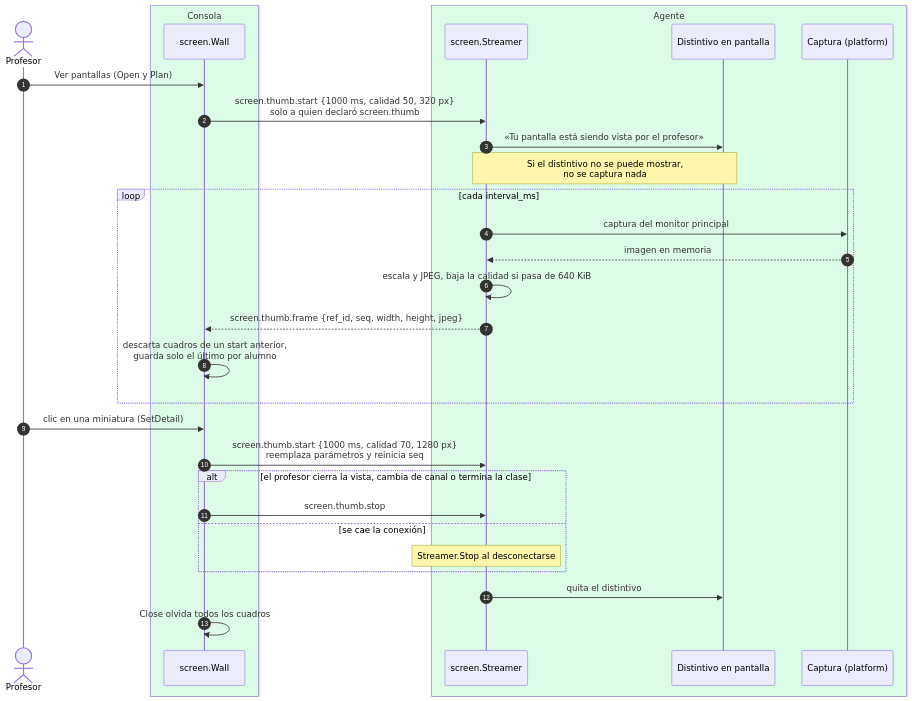
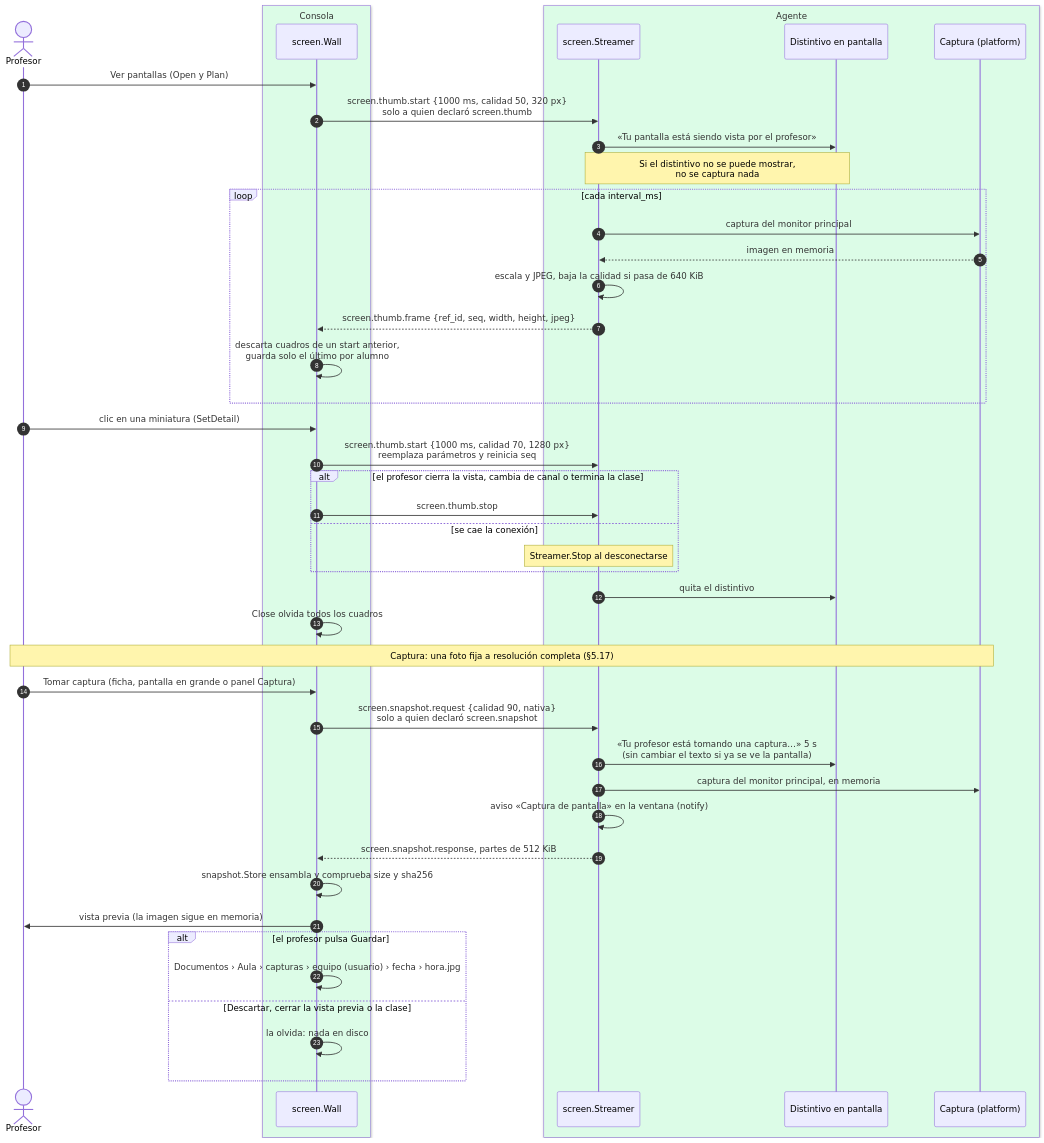
The diagram in docs/v1/diagramas/08-monitoreo-pantalla.md (bayalad7/aula), drawn with Mermaid before and after one commit. The commit also changed other lines of this file and 37 other files, not shown here.

First line of the commit message:
documentacion(docs): privacidad, manual, diagramas y pruebas de la captura de pantalla

````diff
--- a/docs/v1/diagramas/08-monitoreo-pantalla.md
+++ b/docs/v1/diagramas/08-monitoreo-pantalla.md
@@ -13,37 +13,52 @@
 ```mermaid
 %%{init: {"htmlLabels": false}}%%
 sequenceDiagram
     autonumber
     actor P as Profesor
     box rgb(220,252,231) Consola
         participant W as screen.Wall
     end
     box rgb(220,252,231) Agente
         participant S as screen.Streamer
         participant I as Distintivo en pantalla
         participant K as Captura (platform)
     end
 
     P->>W: Ver pantallas (Open y Plan)
     W->>S: screen.thumb.start {1000 ms, calidad 50, 320 px}<br/>solo a quien declaró screen.thumb
     S->>I: «Tu pantalla está siendo vista por el profesor»
     Note over S,I: Si el distintivo no se puede mostrar,<br/>no se captura nada
     loop cada interval_ms
         S->>K: captura del monitor principal
         K-->>S: imagen en memoria
         S->>S: escala y JPEG, baja la calidad si pasa de 640 KiB
         S-->>W: screen.thumb.frame {ref_id, seq, width, height, jpeg}
         W->>W: descarta cuadros de un start anterior,<br/>guarda solo el último por alumno
     end
 
     P->>W: clic en una miniatura (SetDetail)
     W->>S: screen.thumb.start {1000 ms, calidad 70, 1280 px}<br/>reemplaza parámetros y reinicia seq
 
     alt el profesor cierra la vista, cambia de canal o termina la clase
         W->>S: screen.thumb.stop
     else se cae la conexión
         Note over S: Streamer.Stop al desconectarse
     end
     S->>I: quita el distintivo
     W->>W: Close olvida todos los cuadros
+
+    Note over P,K: Captura: una foto fija a resolución completa (§5.17)
+    P->>W: Tomar captura (ficha, pantalla en grande o panel Captura)
+    W->>S: screen.snapshot.request {calidad 90, nativa}<br/>solo a quien declaró screen.snapshot
+    S->>I: «Tu profesor está tomando una captura…» 5 s<br/>(sin cambiar el texto si ya se ve la pantalla)
+    S->>K: captura del monitor principal, en memoria
+    S->>S: aviso «Captura de pantalla» en la ventana (notify)
+    S-->>W: screen.snapshot.response, partes de 512 KiB
+    W->>W: snapshot.Store ensambla y comprueba size y sha256
+    W->>P: vista previa (la imagen sigue en memoria)
+    alt el profesor pulsa Guardar
+        W->>W: Documentos › Aula › capturas › equipo (usuario) › fecha › hora.jpg
+    else Descartar, cerrar la vista previa o la clase
+        W->>W: la olvida: nada en disco
+    end
 ```
````
